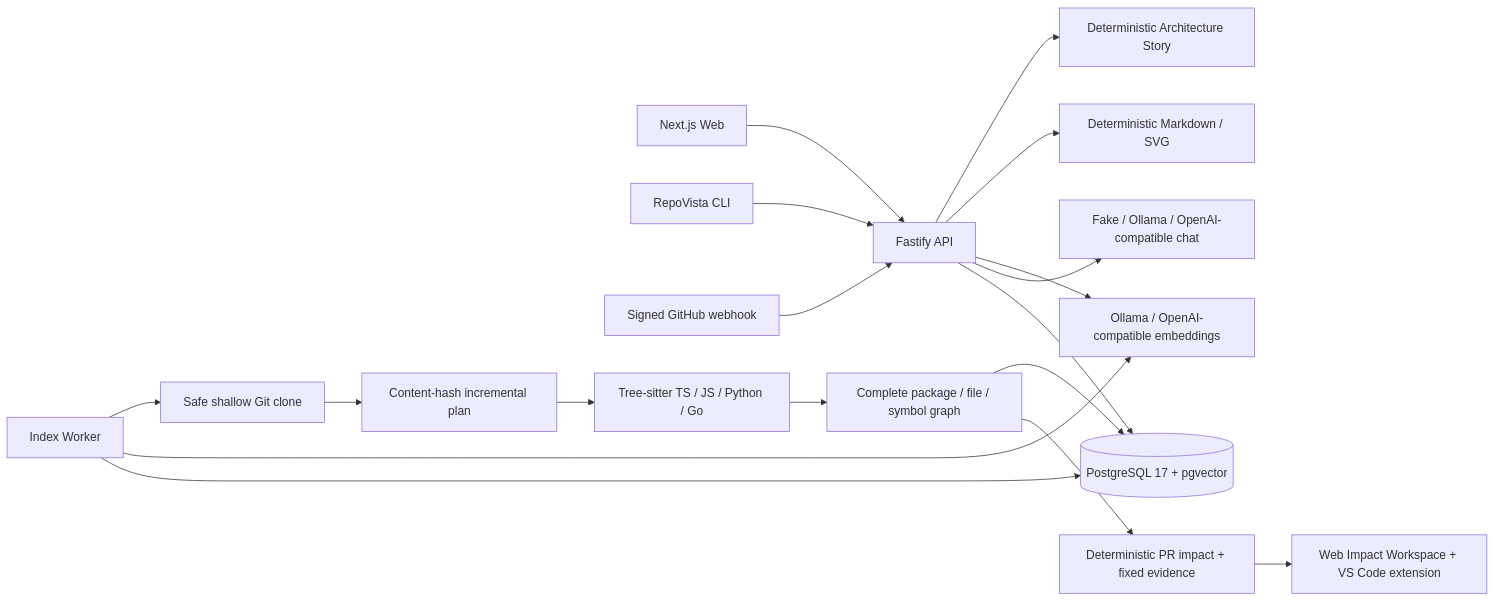
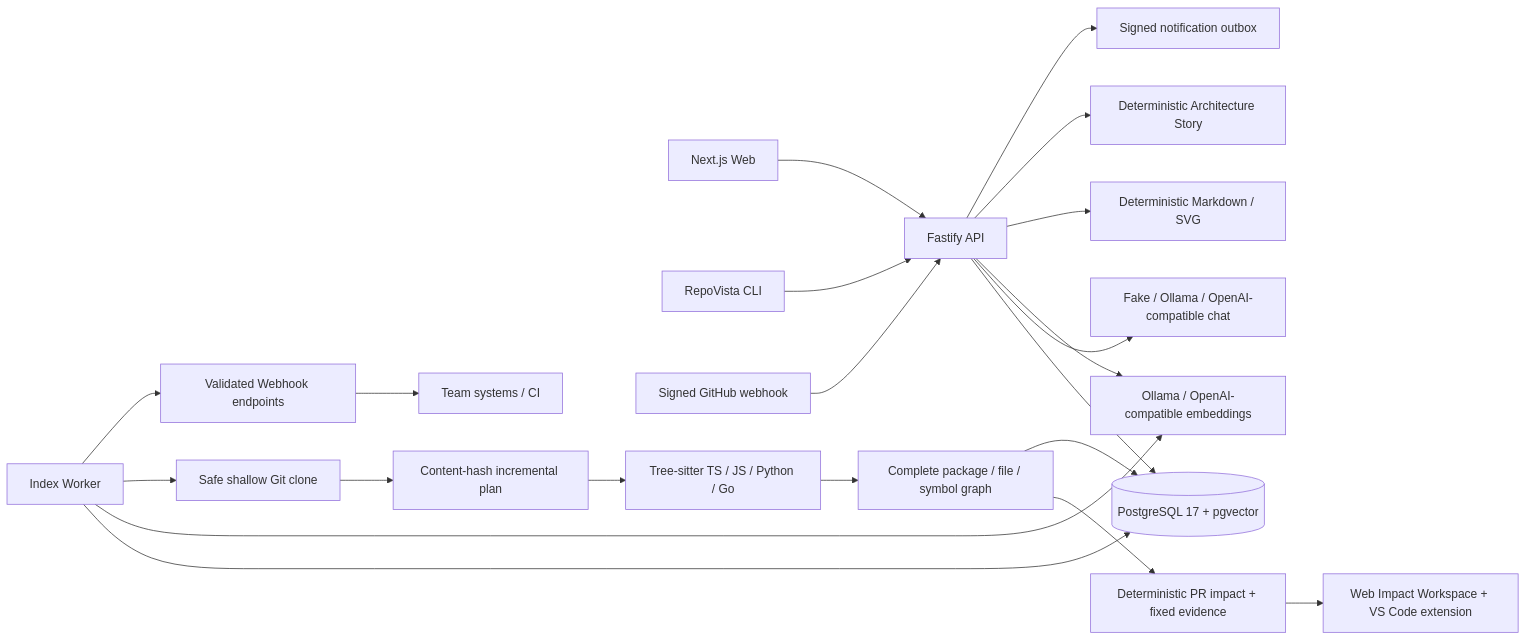
One commit to githubyangjiaxun/repovista changed the diagram in README.md. Above: the diagram before and after it, drawn with Mermaid. The commit also changed other lines of this file and 68 other files, not shown here.

Commit message:
feat(v1.3): add review timeline and signed notifications

````diff
--- a/README.md
+++ b/README.md
@@ -333,20 +350,23 @@
 ```mermaid
 flowchart LR
     Browser[Next.js Web] --> API[Fastify API]
     CLI[RepoVista CLI] --> API
     GitHub[Signed GitHub webhook] --> API
     API --> PG[(PostgreSQL 17 + pgvector)]
     API --> Chat[Fake / Ollama / OpenAI-compatible chat]
     API --> Embed[Ollama / OpenAI-compatible embeddings]
     API --> Export[Deterministic Markdown / SVG]
     API --> Story[Deterministic Architecture Story]
+    API --> Outbox[Signed notification outbox]
     Worker[Index Worker] --> PG
     Worker --> Embed
     Worker --> Git[Safe shallow Git clone]
+    Worker --> Notify[Validated Webhook endpoints]
+    Notify --> External[Team systems / CI]
     Git --> Plan[Content-hash incremental plan]
     Plan --> Parser[Tree-sitter TS / JS / Python / Go]
     Parser --> Graph[Complete package / file / symbol graph]
     Graph --> Impact[Deterministic PR impact + fixed evidence]
     Impact --> Editor[Web Impact Workspace + VS Code extension]
     Graph --> PG
 ```
````
